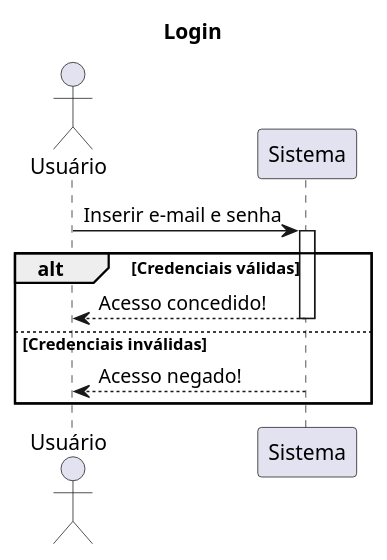
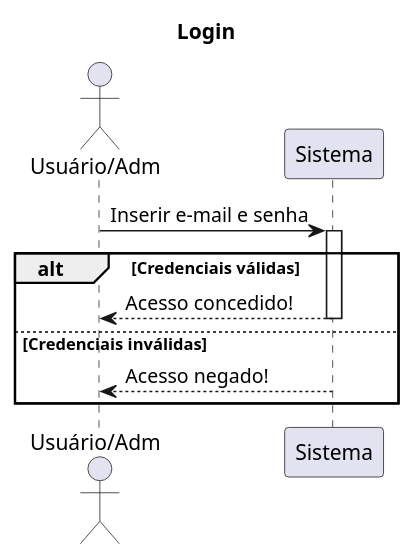
One commit to RenataArdito/Alerta-ADS changed the first of 4 diagrams in SequenceDiagram.md. Above: the diagram before and after it, drawn with PlantUML. The commit also changed other lines of this file, not shown here.

````diff
--- a/SequenceDiagram.md
+++ b/SequenceDiagram.md
@@ -1,20 +1,20 @@
 ```plantuml
 @startuml
-title Login
+title Login 
 
-actor "Usuário" as usr
+actor "Usuário/Adm" as usr
 participant "Sistema" as sis
 
 usr -> sis: Inserir e-mail e senha
 activate sis
 
 alt Credenciais válidas
     sis --> usr: Acesso concedido!
     deactivate sis
 else Credenciais inválidas
     sis --> usr: Acesso negado!
 end
 
 
 @enduml
 ```
````
